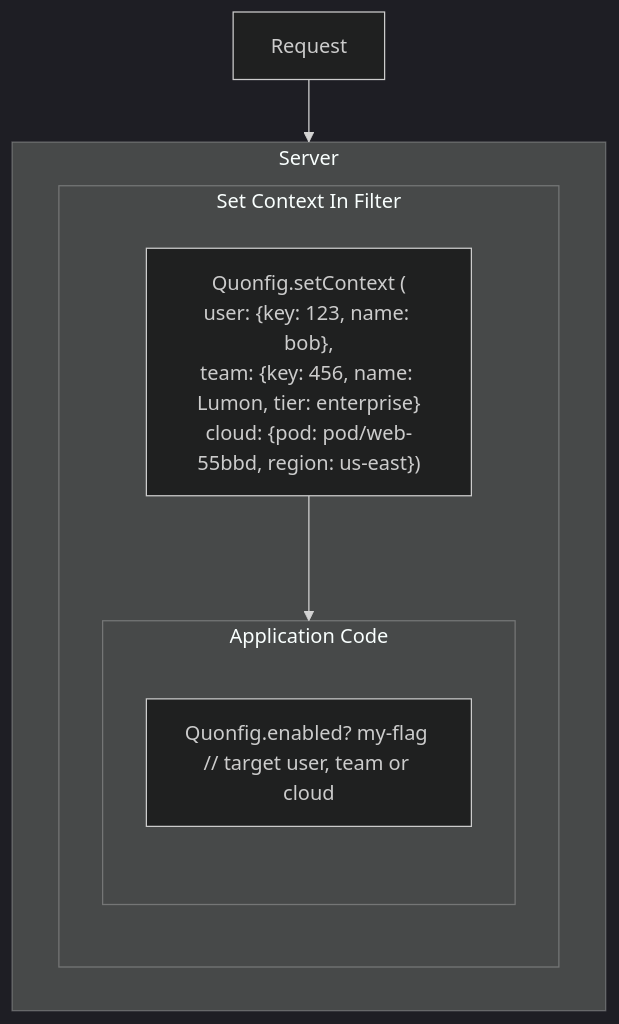
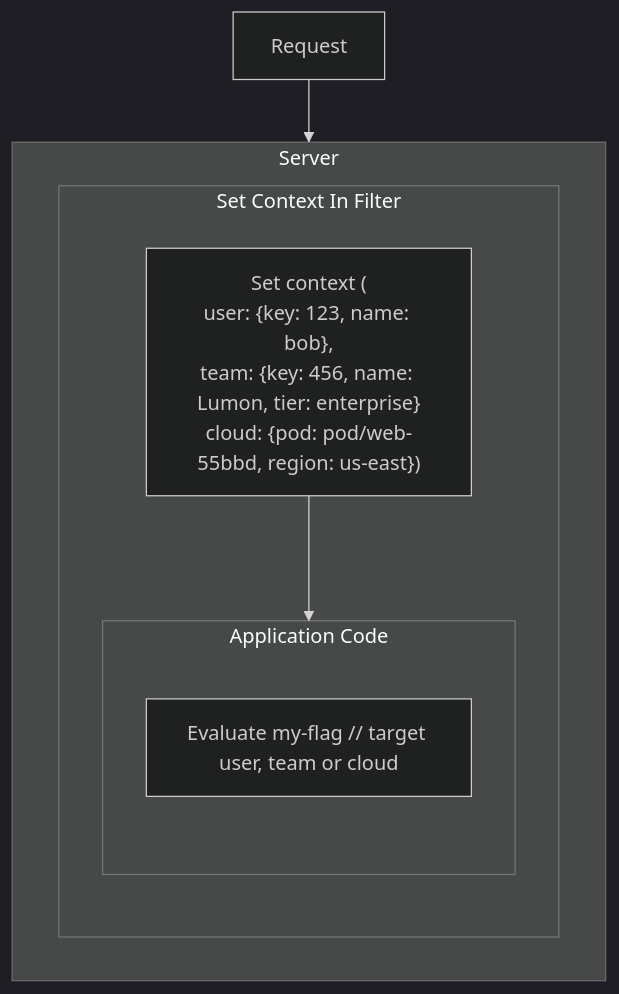
The diagram in docs/explanations/concepts/context.md (quonfig/docs), drawn with Mermaid (dark theme) before and after one commit. The commit also changed other lines of this file and 2 other files, not shown here.

First line of the commit message:
docs(ruby): bound-client context, install step, typed getters, datadir env names (qfg-6g7o6.4)

````diff
--- a/docs/explanations/concepts/context.md
+++ b/docs/explanations/concepts/context.md
@@ -10,15 +10,15 @@
 ```mermaid
 graph TD;
     A[Request] --> Server
     subgraph Server
         Filter
         subgraph Filter[Set Context In Filter]
-            D["Quonfig.setContext (<br/>user: {key: 123, name: bob},<br/>team: {key: 456, name: Lumon, tier: enterprise}<br/>cloud: {pod: pod/web-55bbd, region: us-east})"]
+            D["Set context (<br/>user: {key: 123, name: bob},<br/>team: {key: 456, name: Lumon, tier: enterprise}<br/>cloud: {pod: pod/web-55bbd, region: us-east})"]
             subgraph ApplicationCode[Application Code]
-                E[Quonfig.enabled? my-flag // target user, team or cloud]
+                E[Evaluate my-flag // target user, team or cloud]
             end
             D --> ApplicationCode
         end
     end
 
 ```
````
